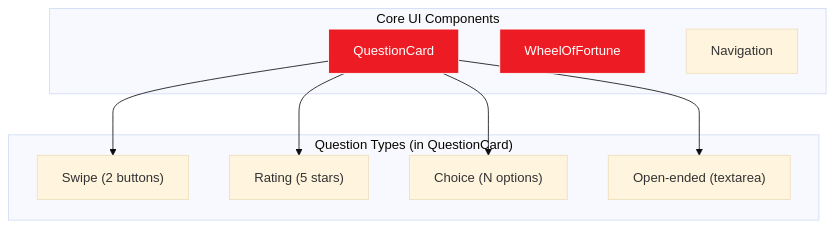
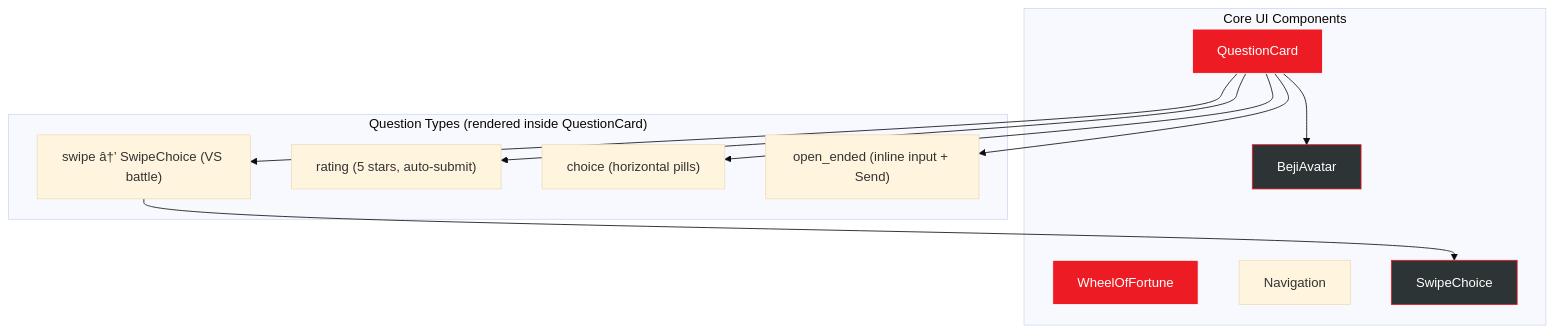
Before and after one commit to arfaoui-yassine/Flayou3756: the tenth of 14 diagrams in README.md, drawn with Mermaid (base theme). The commit also changed other lines of this file, not shown here.

````diff
--- a/README.md
+++ b/README.md
@@ -651,23 +654,29 @@
 ```mermaid
 graph TD
     subgraph UI["Core UI Components"]
         QC["QuestionCard"]
         WOF["WheelOfFortune"]
         Nav["Navigation"]
+        BA["BejiAvatar"]
+        SC["SwipeChoice"]
     end
 
-    subgraph QTypes["Question Types (in QuestionCard)"]
-        Swipe["Swipe (2 buttons)"]
-        Rating["Rating (5 stars)"]
-        Choice["Choice (N options)"]
-        Open["Open-ended (textarea)"]
+    subgraph QTypes["Question Types (rendered inside QuestionCard)"]
+        Swipe["swipe â†’ SwipeChoice (VS battle)"]
+        Rating["rating (5 stars, auto-submit)"]
+        Choice["choice (horizontal pills)"]
+        Open["open_ended (inline input + Send)"]
     end
 
+    QC --> BA
     QC --> Swipe
     QC --> Rating
     QC --> Choice
     QC --> Open
+    Swipe --> SC
 
     style QC fill:#ED1C24,stroke:#fff,color:#fff
     style WOF fill:#ED1C24,stroke:#fff,color:#fff
+    style BA fill:#2d3436,stroke:#ED1C24,color:#fff
+    style SC fill:#2d3436,stroke:#ED1C24,color:#fff
 ```
````
